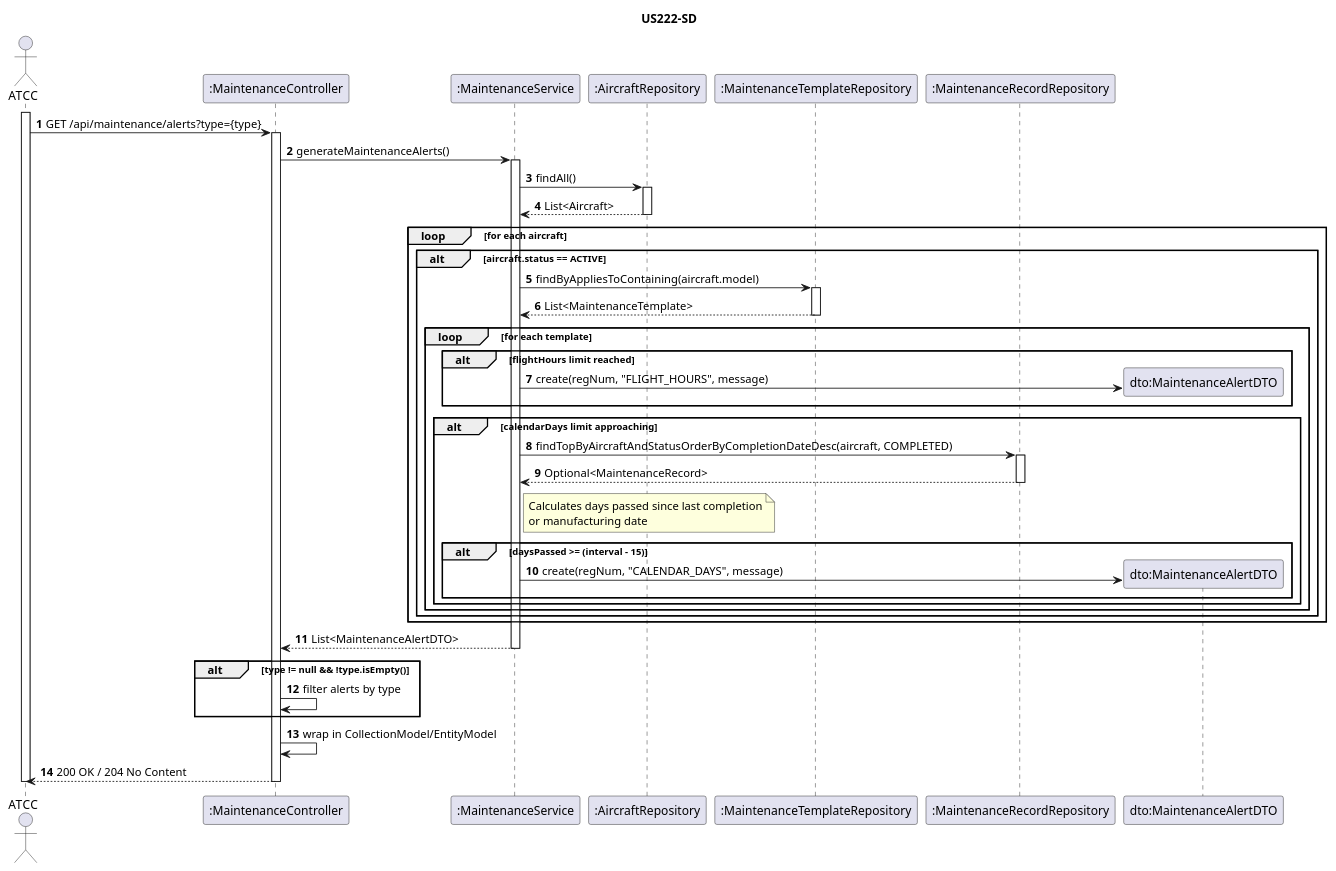
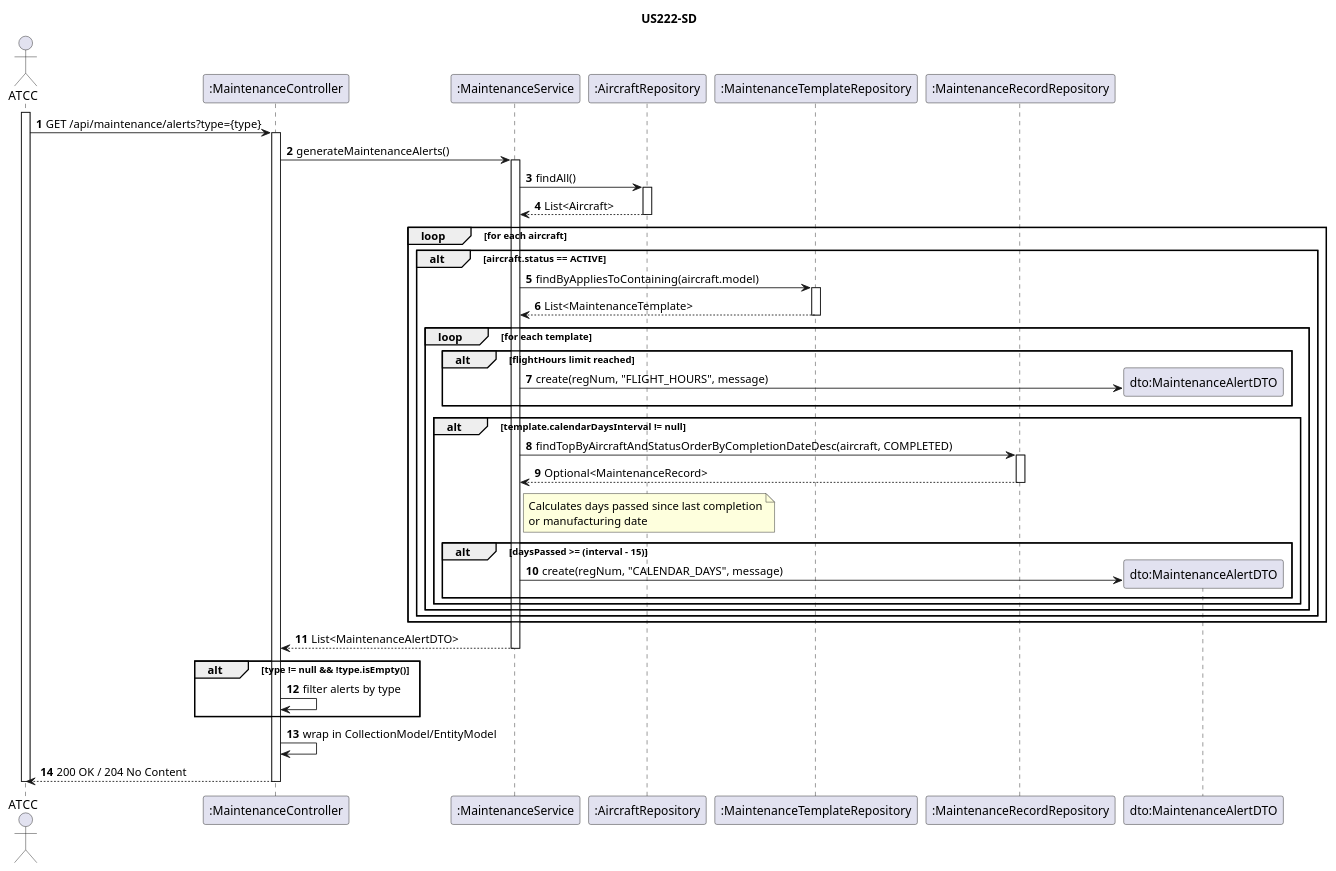
The diagram in docs/WP#4B- Enhanced Maintenance Management/US222/US222-SD.puml (anamartasilvaa/PSOFT_AISafe_Flight), drawn with PlantUML before and after one commit. The commit also changed 12 other files, not shown here.

```diff
--- a/docs/WP#4B- Enhanced Maintenance Management/US222/US222-SD.puml
+++ b/docs/WP#4B- Enhanced Maintenance Management/US222/US222-SD.puml
@@ -1,62 +1,64 @@
 @startuml
 title US222-SD
 autonumber
 actor "ATCC" as Operator
 participant ":MaintenanceController" as Ctrl
 participant ":MaintenanceService" as Service
 participant ":AircraftRepository" as AircraftRepo
 participant ":MaintenanceTemplateRepository" as TemplateRepo
 participant ":MaintenanceRecordRepository" as RecordRepo
 participant "dto:MaintenanceAlertDTO" as DTO
 
 activate Operator
 Operator -> Ctrl : GET /api/maintenance/alerts?type={type}
 activate Ctrl
 
 Ctrl -> Service : generateMaintenanceAlerts()
 activate Service
 
 Service -> AircraftRepo : findAll()
 activate AircraftRepo
 AircraftRepo --> Service : List<Aircraft>
 deactivate AircraftRepo
 
 loop for each aircraft
     alt aircraft.status == ACTIVE
         Service -> TemplateRepo : findByAppliesToContaining(aircraft.model)
         activate TemplateRepo
         TemplateRepo --> Service : List<MaintenanceTemplate>
         deactivate TemplateRepo
 
         loop for each template
             alt flightHours limit reached
                 Service -> DTO ** : create(regNum, "FLIGHT_HOURS", message)
             end
 
-            alt calendarDays limit approaching
-                Service -> RecordRepo : findTopByAircraftAndStatusOrderByCompletionDateDesc(aircraft, COMPLETED)
-                activate RecordRepo
-                RecordRepo --> Service : Optional<MaintenanceRecord>
-                deactivate RecordRepo
+         alt template.calendarDaysInterval != null
+             Service -> RecordRepo : findTopByAircraftAndStatusOrderByCompletionDateDesc(aircraft, COMPLETED)
+             activate RecordRepo
+             RecordRepo --> Service : Optional<MaintenanceRecord>
+             deactivate RecordRepo
 
-                note right of Service : Calculates days passed since last completion\nor manufacturing date
-                alt daysPassed >= (interval - 15)
-                    Service -> DTO ** : create(regNum, "CALENDAR_DAYS", message)
-                end
-            end
+             note right of Service : Calculates days passed since last completion\nor manufacturing date
+             alt daysPassed >= (interval - 15)
+                 Service -> DTO ** : create(regNum, "CALENDAR_DAYS", message)
+             end
+         end
+
+
         end
     end
 end
 
 Service --> Ctrl : List<MaintenanceAlertDTO>
 deactivate Service
 
 alt type != null && !type.isEmpty()
     Ctrl -> Ctrl : filter alerts by type
 end
 
 Ctrl -> Ctrl : wrap in CollectionModel/EntityModel
 Ctrl --> Operator : 200 OK / 204 No Content
 deactivate Ctrl
 deactivate Operator
 @enduml
```
